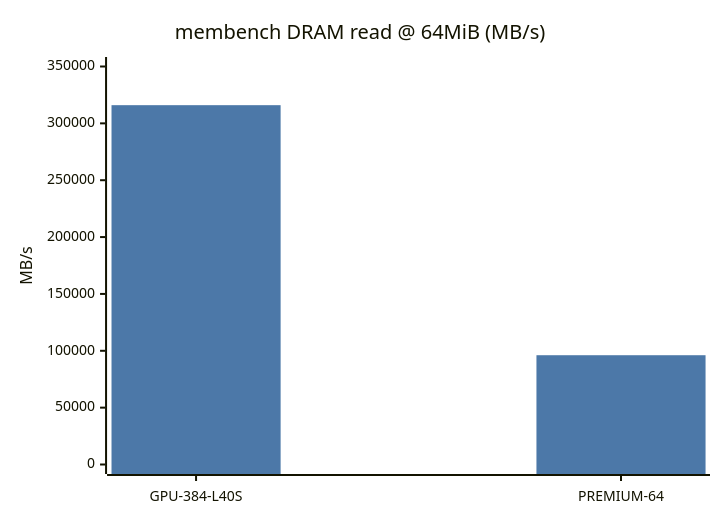
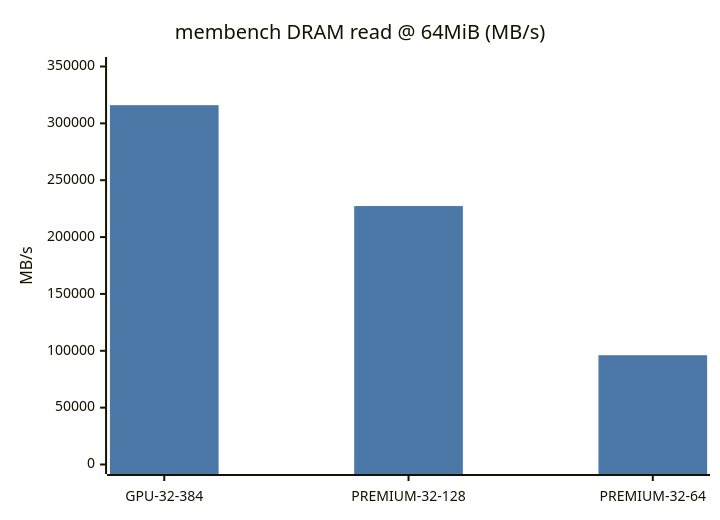
One commit to SpareCores/sc-db-benchmark-tmp changed the fourth of 5 diagrams in UPCLOUD_GPU_VS_PREMIUM_PGBENCH.md. Above: the diagram before and after it, drawn with Mermaid. The commit also changed other lines of this file, not shown here.

````diff
--- a/UPCLOUD_GPU_VS_PREMIUM_PGBENCH.md
+++ b/UPCLOUD_GPU_VS_PREMIUM_PGBENCH.md
@@ -157,13 +150,13 @@
 ```mermaid
 ---
 config:
   themeVariables:
     xyChart:
-      plotColorPalette: "#4c78a8, #c44e52"
+      plotColorPalette: "#4c78a8, #f28e2b, #c44e52"
 ---
 xychart-beta
     title "membench DRAM read @ 64MiB (MB/s)"
-    x-axis [GPU-384-L40S, PREMIUM-64]
+    x-axis [GPU-32-384, PREMIUM-32-128, PREMIUM-32-64]
     y-axis "MB/s" 0 --> 350000
-    bar [315987, 96103]
+    bar [315987, 227280, 96103]
 ```
````
